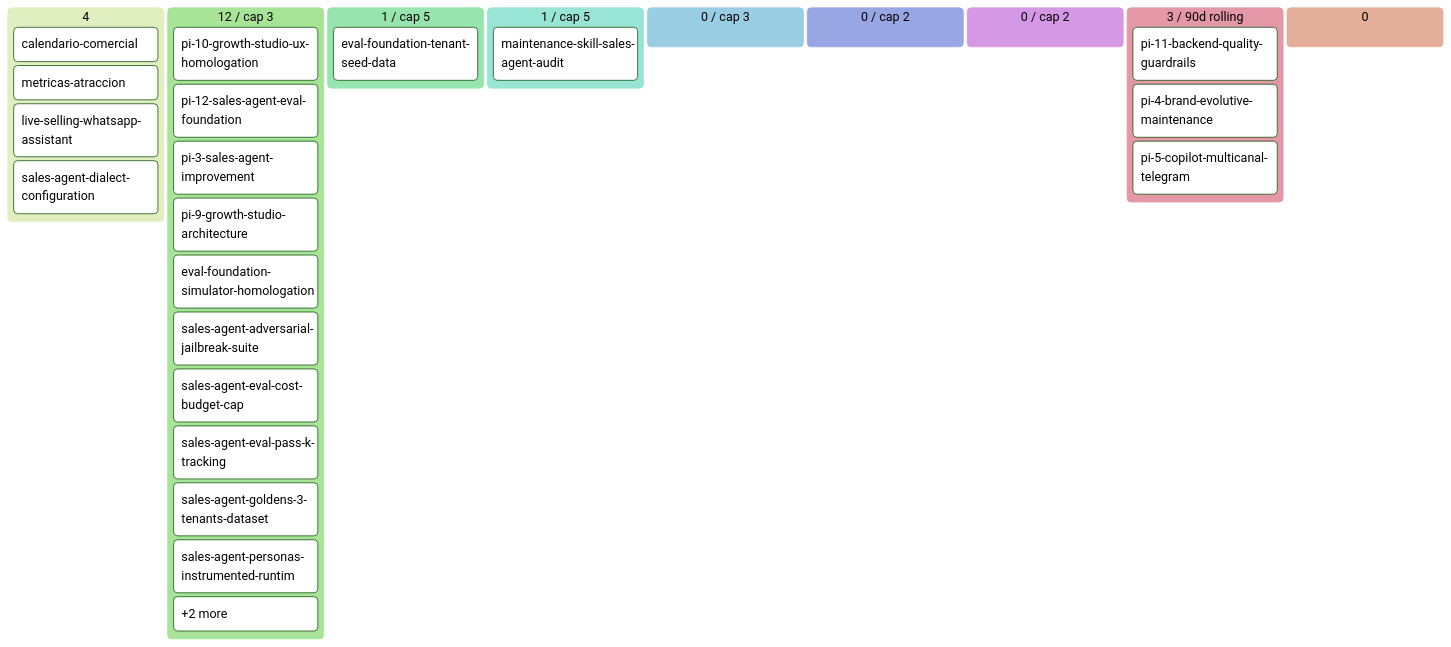
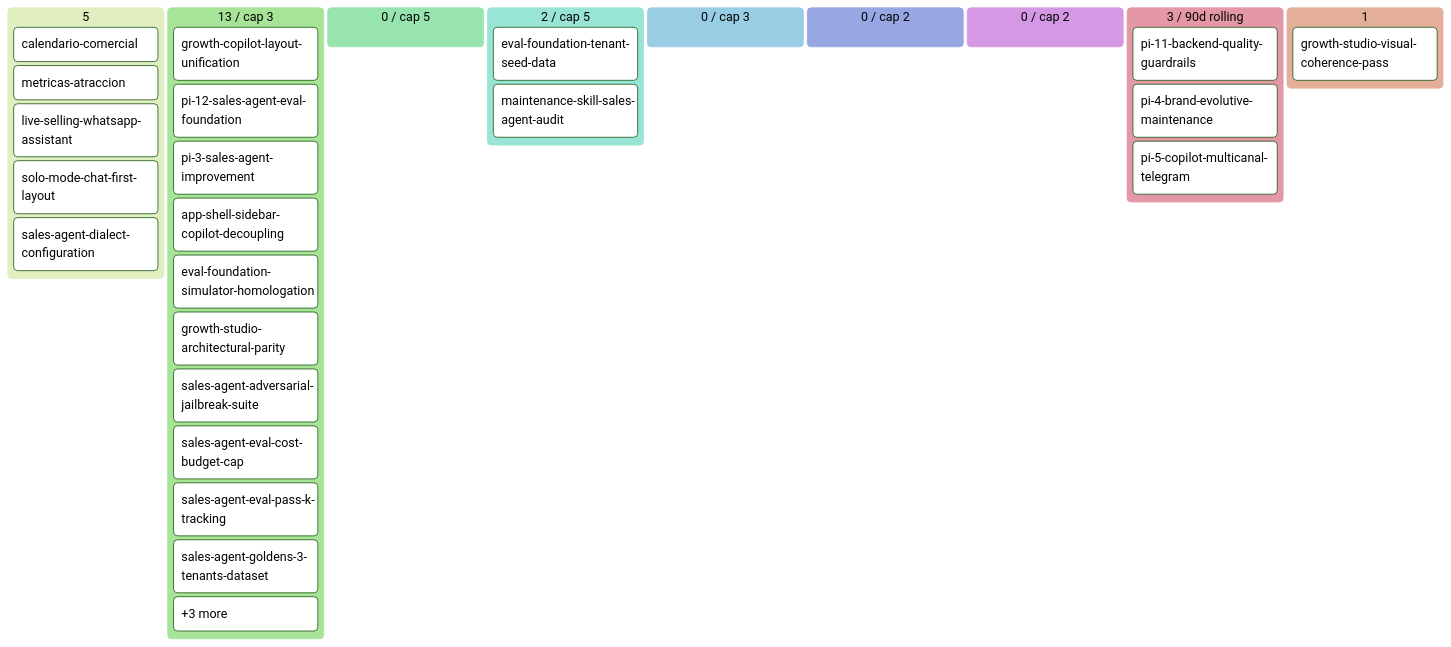
The diagram in docs/product/BACKLOG.md (alpacapurpura/ap_sales_agent), drawn with Mermaid (forest theme) before and after one commit. The commit also changed other lines of this file and 6 other files, not shown here.

````diff
--- a/docs/product/BACKLOG.md
+++ b/docs/product/BACKLOG.md
@@ -55,32 +61,34 @@
 ```mermaid
 kanban
-  💡 Ideas (4)
+  💡 Ideas (5)
     calendario-comercial[calendario-comercial]
     metricas-atraccion[metricas-atraccion]
     live-selling-whatsapp-assistan[live-selling-whatsapp-assistant]
+    solo-mode-chat-first-layout[solo-mode-chat-first-layout]
     sales-agent-dialect-configurat[sales-agent-dialect-configuration]
-  🔬 Refining (12 / cap 3)
-    pi-10-growth-studio-ux-homolog[pi-10-growth-studio-ux-homologation]
+  🔬 Refining (13 / cap 3)
+    growth-copilot-layout-unificat[growth-copilot-layout-unification]
     pi-12-sales-agent-eval-foundat[pi-12-sales-agent-eval-foundation]
     pi-3-sales-agent-improvement[pi-3-sales-agent-improvement]
-    pi-9-growth-studio-architectur[pi-9-growth-studio-architecture]
+    app-shell-sidebar-copilot-deco[app-shell-sidebar-copilot-decoupling]
     eval-foundation-simulator-homo[eval-foundation-simulator-homologation]
+    growth-studio-architectural-pa[growth-studio-architectural-parity]
     sales-agent-adversarial-jailbr[sales-agent-adversarial-jailbreak-suite]
     sales-agent-eval-cost-budget-c[sales-agent-eval-cost-budget-cap]
     sales-agent-eval-pass-k-tracki[sales-agent-eval-pass-k-tracking]
     sales-agent-goldens-3-tenants-[sales-agent-goldens-3-tenants-dataset]
-    sales-agent-personas-instrumen[sales-agent-personas-instrumented-runtim]
-    overflow-🔬 Refining[+2 more]
-  ✅ Refined (1 / cap 5)
+    overflow-🔬 Refining[+3 more]
+  ✅ Refined (0 / cap 5)
+  📦 Ready (2 / cap 5)
     eval-foundation-tenant-seed-da[eval-foundation-tenant-seed-data]
-  📦 Ready (1 / cap 5)
     maintenance-skill-sales-agent-[maintenance-skill-sales-agent-audit]
   🔨 Developing (0 / cap 3)
   🧪 Developed (0 / cap 2)
   🔍 Reviewing (0 / cap 2)
   ✅ Done (3 / 90d rolling)
     pi-11-backend-quality-guardrai[pi-11-backend-quality-guardrails]
     pi-4-brand-evolutive-maintenan[pi-4-brand-evolutive-maintenance]
     pi-5-copilot-multicanal-telegr[pi-5-copilot-multicanal-telegram]
-  🅿 Parked (0)
+  🅿 Parked (1)
+    growth-studio-visual-coherence[growth-studio-visual-coherence-pass]
 ```
````
